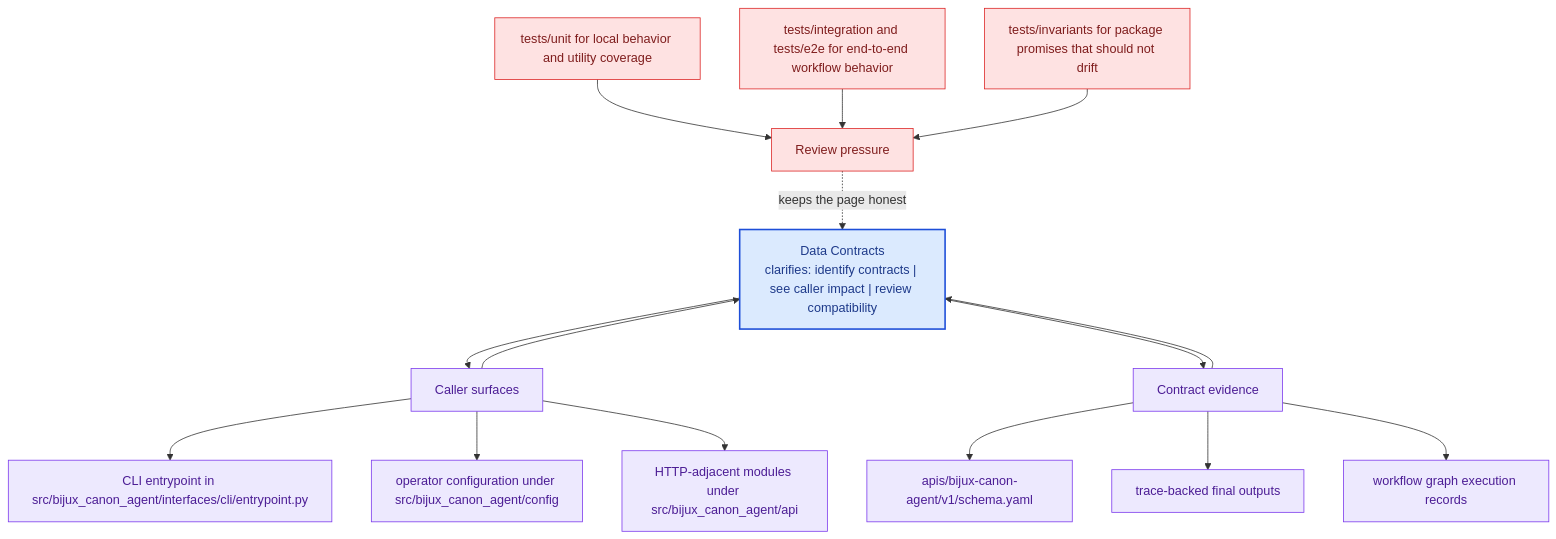
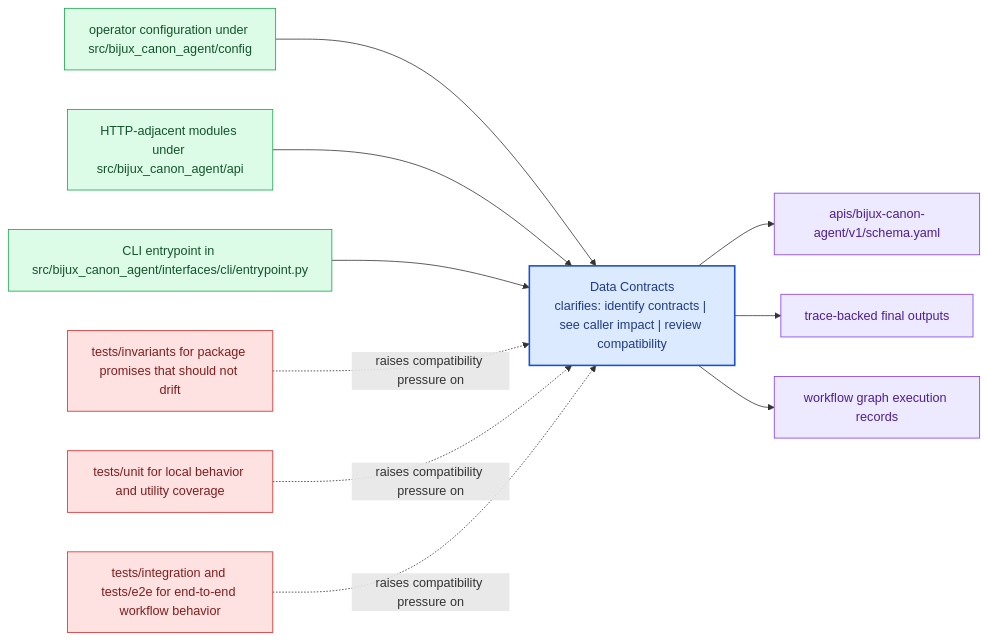
The diagram in docs/bijux-canon-agent/interfaces/data-contracts.md (bijux/bijux-canon), drawn with Mermaid before and after one commit. The commit also changed other lines of this file and 281 other files, not shown here.

Commit message:
docs(diagrams): replace repeated mermaid scaffolds with page-specific summaries

````diff
--- a/docs/bijux-canon-agent/interfaces/data-contracts.md
+++ b/docs/bijux-canon-agent/interfaces/data-contracts.md
@@ -68,41 +23,31 @@
 ```mermaid
-flowchart TB
-    promise["Data Contracts<br/>clarifies: identify contracts | see caller impact | review compatibility"]
-    classDef promise fill:#dbeafe,stroke:#1d4ed8,color:#1e3a8a,stroke-width:2px;
-    classDef driver fill:#dcfce7,stroke:#16a34a,color:#14532d;
-    classDef constraint fill:#fee2e2,stroke:#dc2626,color:#7f1d1d;
-    classDef ground fill:#ede9fe,stroke:#7c3aed,color:#4c1d95;
-    focus1["Caller surfaces"]
-    focus1 --> promise
-    promise --> focus1
-    focus1_1["CLI entrypoint in src/bijux_canon_agent/interfaces/cli/entrypoint.py"]
-    focus1 --> focus1_1
-    focus1_2["operator configuration under src/bijux_canon_agent/config"]
-    focus1 --> focus1_2
-    focus1_3["HTTP-adjacent modules under src/bijux_canon_agent/api"]
-    focus1 --> focus1_3
-    class focus1 ground;
-    class focus1_1,focus1_2,focus1_3 ground;
-    focus2["Contract evidence"]
-    focus2 --> promise
-    promise --> focus2
-    focus2_1["apis/bijux-canon-agent/v1/schema.yaml"]
-    focus2 --> focus2_1
-    focus2_2["trace-backed final outputs"]
-    focus2 --> focus2_2
-    focus2_3["workflow graph execution records"]
-    focus2 --> focus2_3
-    class focus2 ground;
-    class focus2_1,focus2_2,focus2_3 ground;
-    focus3["Review pressure"]
-    focus3 -.keeps the page honest.-> promise
-    focus3_1["tests/unit for local behavior and utility coverage"]
-    focus3_1 --> focus3
-    focus3_2["tests/integration and tests/e2e for end-to-end workflow behavior"]
-    focus3_2 --> focus3
-    focus3_3["tests/invariants for package promises that should not drift"]
-    focus3_3 --> focus3
-    class focus3 constraint;
-    class focus3_1,focus3_2,focus3_3 constraint;
-    class promise promise;
+flowchart LR
+    page["Data Contracts<br/>clarifies: identify contracts | see caller impact | review compatibility"]
+    classDef page fill:#dbeafe,stroke:#1d4ed8,color:#1e3a8a,stroke-width:2px;
+    classDef positive fill:#dcfce7,stroke:#16a34a,color:#14532d;
+    classDef caution fill:#fee2e2,stroke:#dc2626,color:#7f1d1d;
+    classDef anchor fill:#ede9fe,stroke:#7c3aed,color:#4c1d95;
+    classDef action fill:#fef3c7,stroke:#d97706,color:#7c2d12;
+    surface1["operator configuration under src/bijux_canon_agent/config"]
+    surface1 --> page
+    surface2["HTTP-adjacent modules under src/bijux_canon_agent/api"]
+    surface2 --> page
+    surface3["CLI entrypoint in src/bijux_canon_agent/interfaces/cli/entrypoint.py"]
+    surface3 --> page
+    proof1["apis/bijux-canon-agent/v1/schema.yaml"]
+    page --> proof1
+    proof2["trace-backed final outputs"]
+    page --> proof2
+    proof3["workflow graph execution records"]
+    page --> proof3
+    review1["tests/invariants for package promises that should not drift"]
+    review1 -.raises compatibility pressure on.-> page
+    review2["tests/unit for local behavior and utility coverage"]
+    review2 -.raises compatibility pressure on.-> page
+    review3["tests/integration and tests/e2e for end-to-end workflow behavior"]
+    review3 -.raises compatibility pressure on.-> page
+    class page page;
+    class surface1,surface2,surface3 positive;
+    class proof1,proof2,proof3 anchor;
+    class review1,review2,review3 caution;
 ```
````
